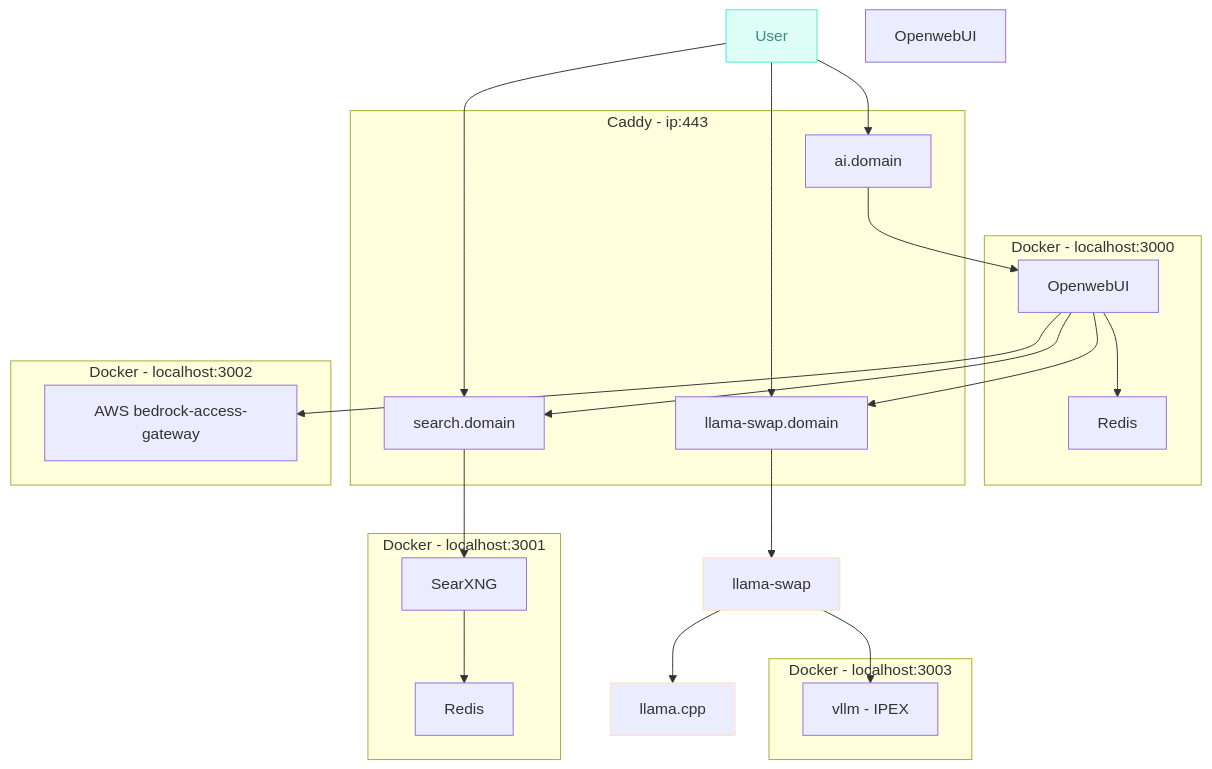
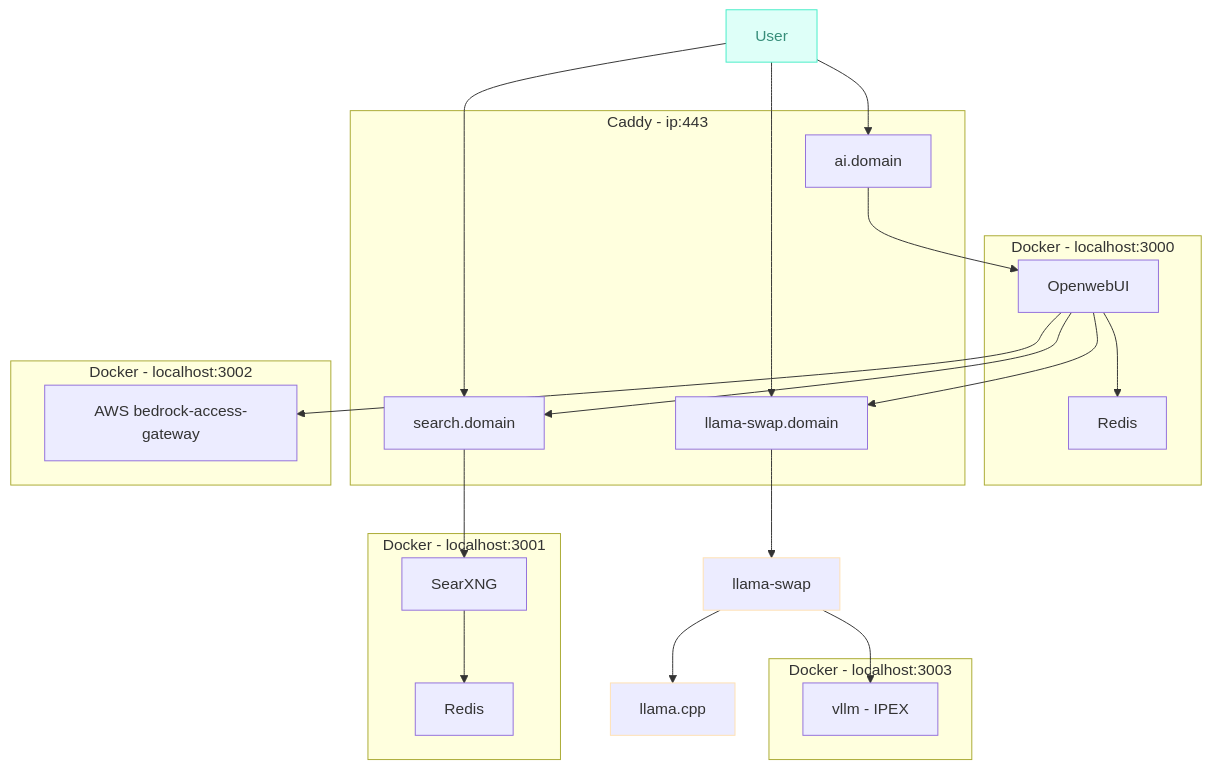
The diagram in README.md (cycl00ps/ai-lab), drawn with Mermaid before and after one commit.

````diff
--- a/README.md
+++ b/README.md
@@ -13,39 +13,39 @@
 ```mermaid
 flowchart TD
  subgraph subGraph0["Docker - localhost:3000"]
         B["Redis"]
         A["OpenwebUI"]
   end
  subgraph subGraph1["Docker - localhost:3001"]
         D["Redis"]
         C["SearXNG"]
   end
  subgraph subGraph2["Caddy - ip:443"]
         E["ai.domain"]
         H["search.domain"]
         J["llama-swap.domain"]
   end
  subgraph subGraph3["Docker - localhost:3003"]
         K["vllm - IPEX"]
   end
  subgraph subGraph4["Docker - localhost:3002"]
         L["AWS bedrock-access-gateway"]
   end
 
     A --> B & H & J & L
     C --> D
     E --> A
     H --> C
     F["llama-swap"] --> G["llama.cpp"]
     F --> K
     I["User"] --> E
     I["User"] --> H
     I --> J
     J --> F
-OpenwebUI
-     I:::Aqua
+
+I:::Aqua
     classDef Aqua stroke-width:1px, stroke-dasharray:none, stroke:#46EDC8, fill:#DEFFF8, color:#378E7A
     style F stroke:#FFE0B2
     style G stroke:#FFE0B2
     style subGraph2 stroke:#FFE0B2```
 ```
````
